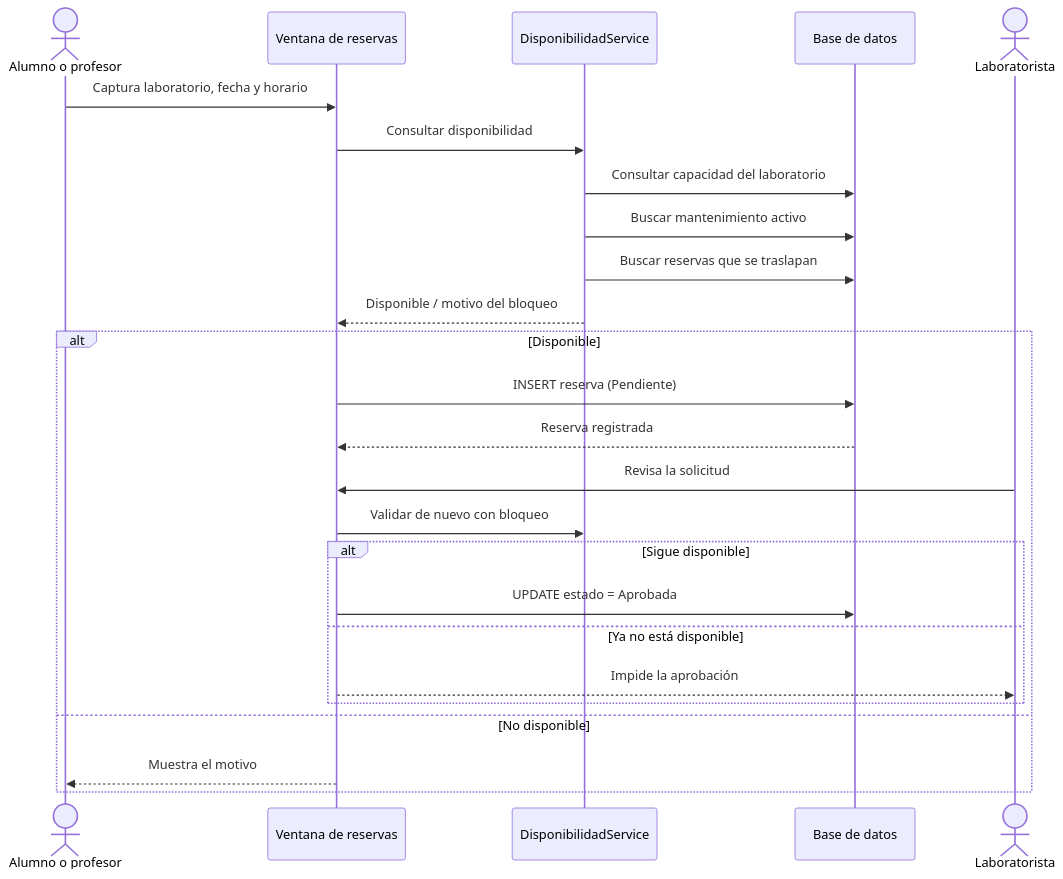
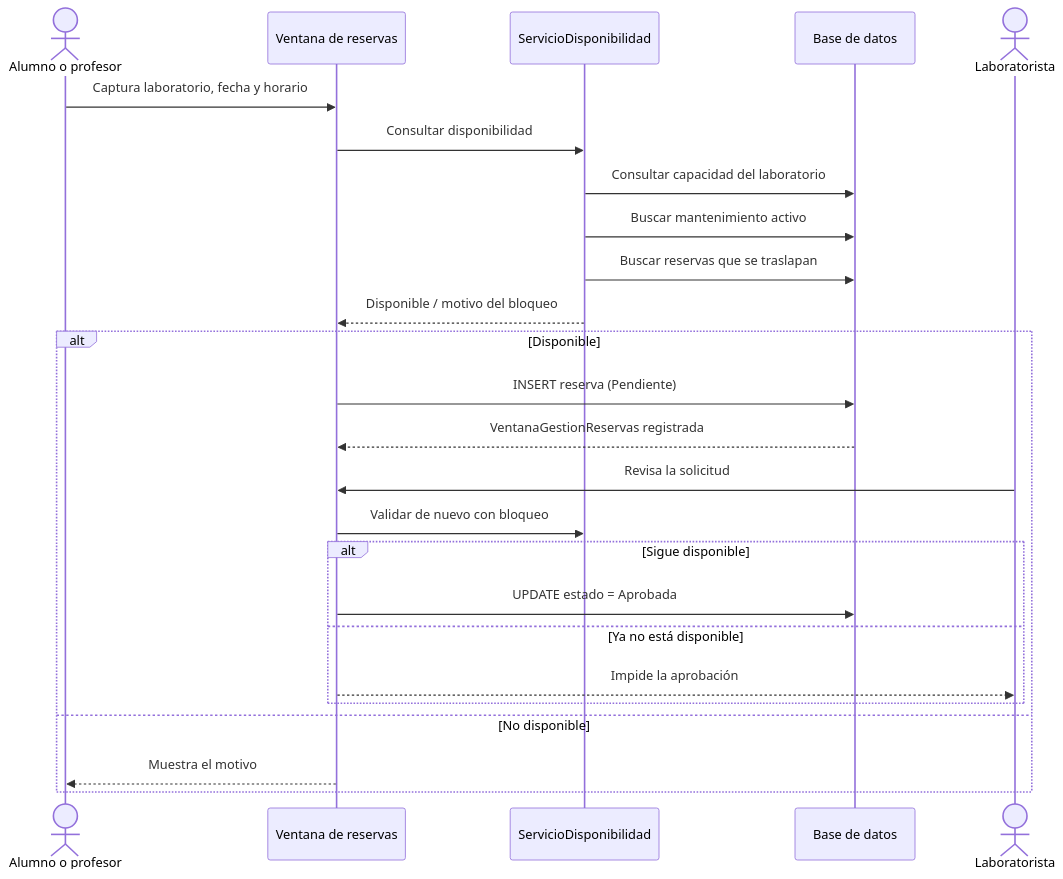
The third of 6 diagrams in docs/ARQUITECTURA_Y_FLUJOS.md (Ivangamo55/LabSync), drawn with Mermaid before and after one commit. The commit also changed other lines of this file and 102 other files, not shown here.

````diff
--- a/docs/ARQUITECTURA_Y_FLUJOS.md
+++ b/docs/ARQUITECTURA_Y_FLUJOS.md
@@ -60,28 +60,28 @@
 ```mermaid
 sequenceDiagram
     actor Sol as Alumno o profesor
     participant UI as Ventana de reservas
-    participant Disp as DisponibilidadService
+    participant Disp as ServicioDisponibilidad
     participant DB as Base de datos
     actor Lab as Laboratorista
 
     Sol->>UI: Captura laboratorio, fecha y horario
     UI->>Disp: Consultar disponibilidad
     Disp->>DB: Consultar capacidad del laboratorio
     Disp->>DB: Buscar mantenimiento activo
     Disp->>DB: Buscar reservas que se traslapan
     Disp-->>UI: Disponible / motivo del bloqueo
     alt Disponible
         UI->>DB: INSERT reserva (Pendiente)
-        DB-->>UI: Reserva registrada
+        DB-->>UI: VentanaGestionReservas registrada
         Lab->>UI: Revisa la solicitud
         UI->>Disp: Validar de nuevo con bloqueo
         alt Sigue disponible
             UI->>DB: UPDATE estado = Aprobada
         else Ya no está disponible
             UI-->>Lab: Impide la aprobación
         end
     else No disponible
         UI-->>Sol: Muestra el motivo
     end
 ```
````
